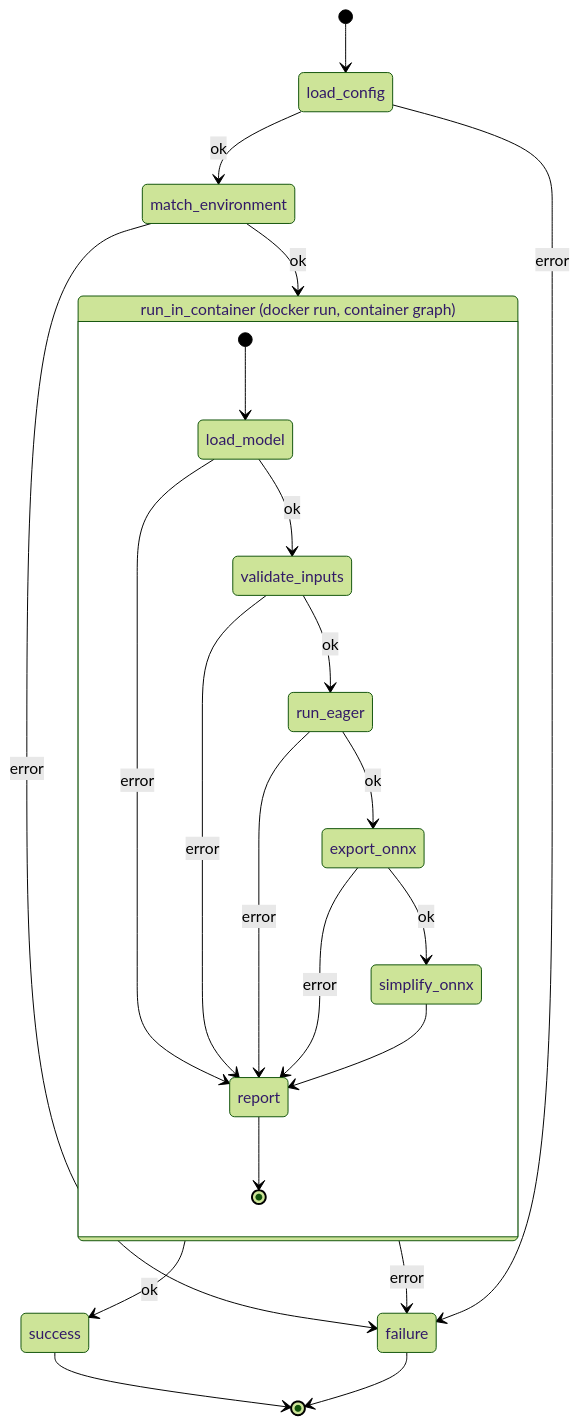
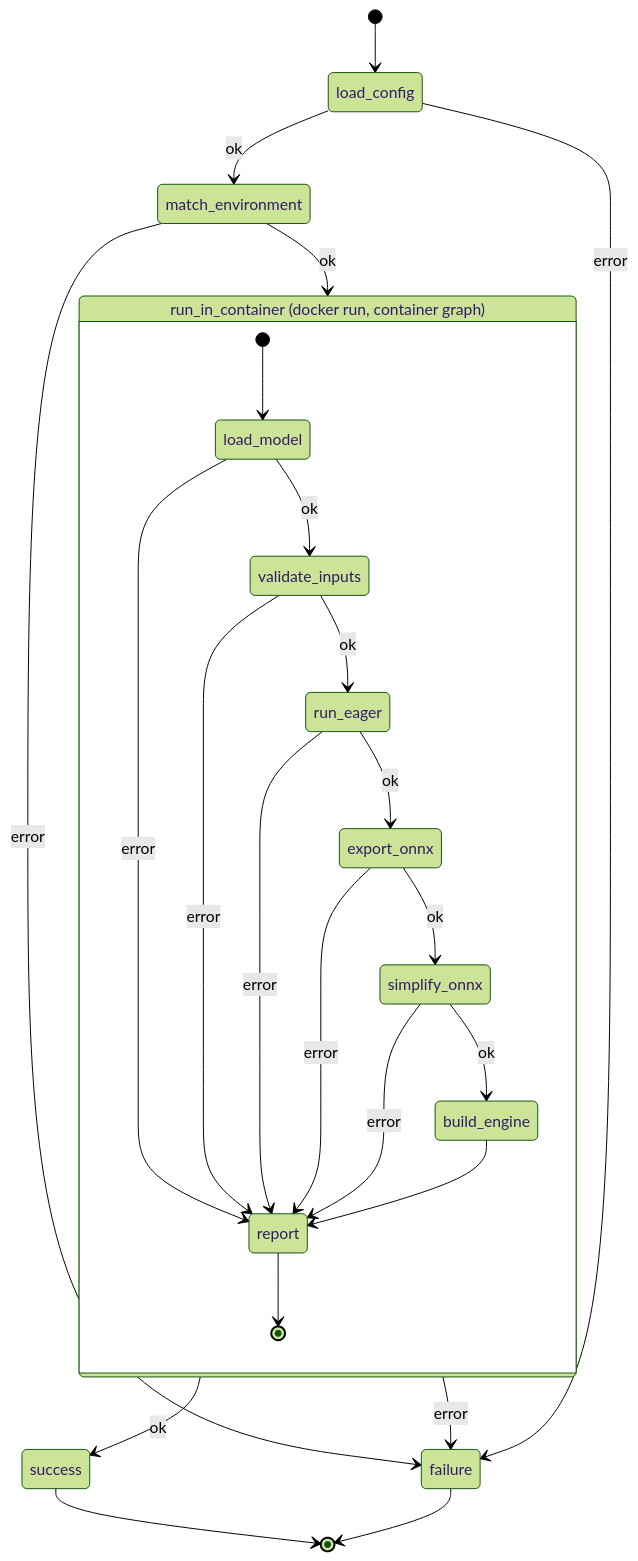
Before and after one commit to reza-rahimi-yasp/kronos-edge-v2: the diagram in architecture.md, drawn with Mermaid (forest theme). The commit also changed other lines of this file and 19 other files, not shown here.

````diff
--- a/architecture.md
+++ b/architecture.md
@@ -11,26 +11,28 @@
 ```mermaid
 stateDiagram-v2
     [*] --> load_config
     load_config --> match_environment : ok
     load_config --> failure : error
     match_environment --> run_in_container : ok
     match_environment --> failure : error
     run_in_container --> success : ok
     run_in_container --> failure : error
     success --> [*]
     failure --> [*]
 
     state "run_in_container (docker run, container graph)" as run_in_container {
         [*] --> load_model
         load_model --> validate_inputs : ok
         load_model --> report : error
         validate_inputs --> run_eager : ok
         validate_inputs --> report : error
         run_eager --> export_onnx : ok
         run_eager --> report : error
         export_onnx --> simplify_onnx : ok
         export_onnx --> report : error
-        simplify_onnx --> report
+        simplify_onnx --> build_engine : ok
+        simplify_onnx --> report : error
+        build_engine --> report
         report --> [*]
     }
 ```
````
